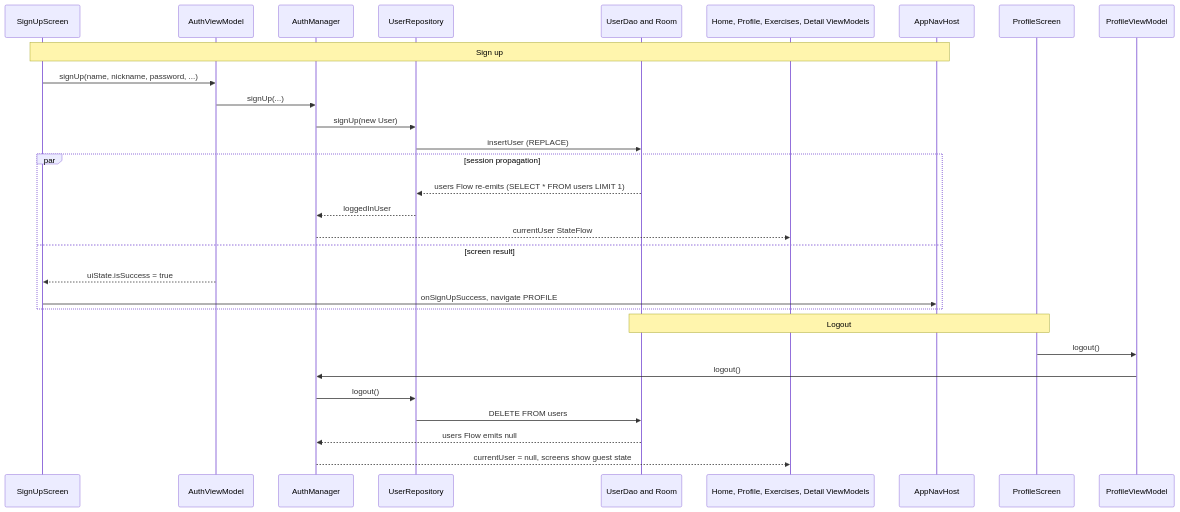
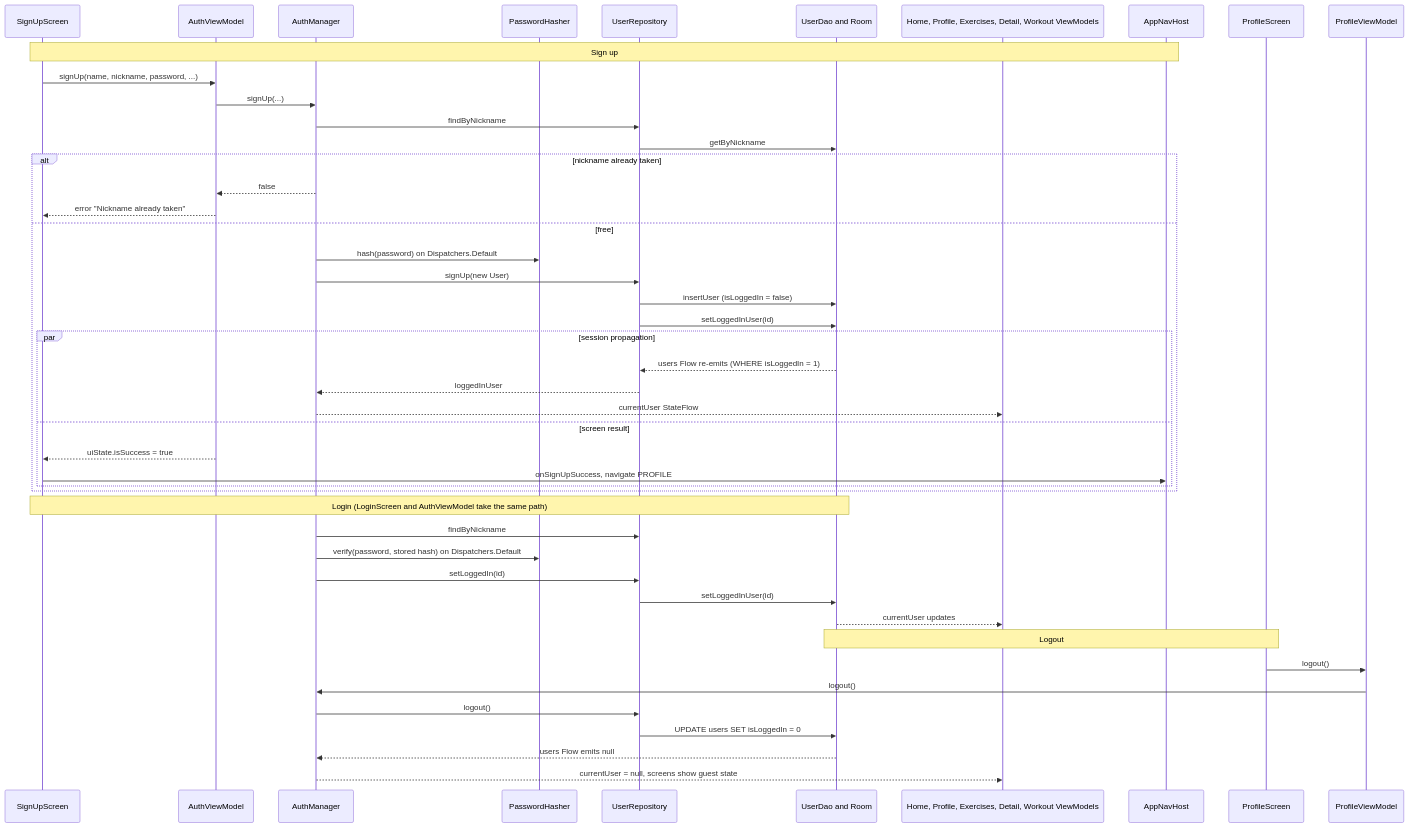
One commit to RicardoGomes07/Fittrack-App-Android changed the fourth of 6 diagrams in ARCHITECTURE_DIAGRAM.md. Above: the diagram before and after it, drawn with Mermaid. The commit also changed other lines of this file and 1 other file, not shown here.

Commit message:
Architecture Documentation updated

````diff
--- a/ARCHITECTURE_DIAGRAM.md
+++ b/ARCHITECTURE_DIAGRAM.md
@@ -173,34 +200,51 @@
 ```mermaid
 sequenceDiagram
     participant Sign as SignUpScreen
     participant AVM as AuthViewModel
     participant Auth as AuthManager
+    participant Hash as PasswordHasher
     participant Repo as UserRepository
     participant Room as UserDao and Room
-    participant VMs as Home, Profile, Exercises, Detail ViewModels
+    participant VMs as Home, Profile, Exercises, Detail, Workout ViewModels
     participant Nav as AppNavHost
     participant Prof as ProfileScreen
     participant PVM as ProfileViewModel
 
     Note over Sign,Nav: Sign up
     Sign->>AVM: signUp(name, nickname, password, ...)
     AVM->>Auth: signUp(...)
-    Auth->>Repo: signUp(new User)
-    Repo->>Room: insertUser (REPLACE)
-    par session propagation
-        Room-->>Repo: users Flow re-emits (SELECT * FROM users LIMIT 1)
-        Repo-->>Auth: loggedInUser
-        Auth-->>VMs: currentUser StateFlow
-    and screen result
-        AVM-->>Sign: uiState.isSuccess = true
-        Sign->>Nav: onSignUpSuccess, navigate PROFILE
+    Auth->>Repo: findByNickname
+    Repo->>Room: getByNickname
+    alt nickname already taken
+        Auth-->>AVM: false
+        AVM-->>Sign: error "Nickname already taken"
+    else free
+        Auth->>Hash: hash(password) on Dispatchers.Default
+        Auth->>Repo: signUp(new User)
+        Repo->>Room: insertUser (isLoggedIn = false)
+        Repo->>Room: setLoggedInUser(id)
+        par session propagation
+            Room-->>Repo: users Flow re-emits (WHERE isLoggedIn = 1)
+            Repo-->>Auth: loggedInUser
+            Auth-->>VMs: currentUser StateFlow
+        and screen result
+            AVM-->>Sign: uiState.isSuccess = true
+            Sign->>Nav: onSignUpSuccess, navigate PROFILE
+        end
     end
+
+    Note over Sign,Room: Login (LoginScreen and AuthViewModel take the same path)
+    Auth->>Repo: findByNickname
+    Auth->>Hash: verify(password, stored hash) on Dispatchers.Default
+    Auth->>Repo: setLoggedIn(id)
+    Repo->>Room: setLoggedInUser(id)
+    Room-->>VMs: currentUser updates
 
     Note over Prof,Room: Logout
     Prof->>PVM: logout()
     PVM->>Auth: logout()
     Auth->>Repo: logout()
-    Repo->>Room: DELETE FROM users
+    Repo->>Room: UPDATE users SET isLoggedIn = 0
     Room-->>Auth: users Flow emits null
     Auth-->>VMs: currentUser = null, screens show guest state
 ```
````
